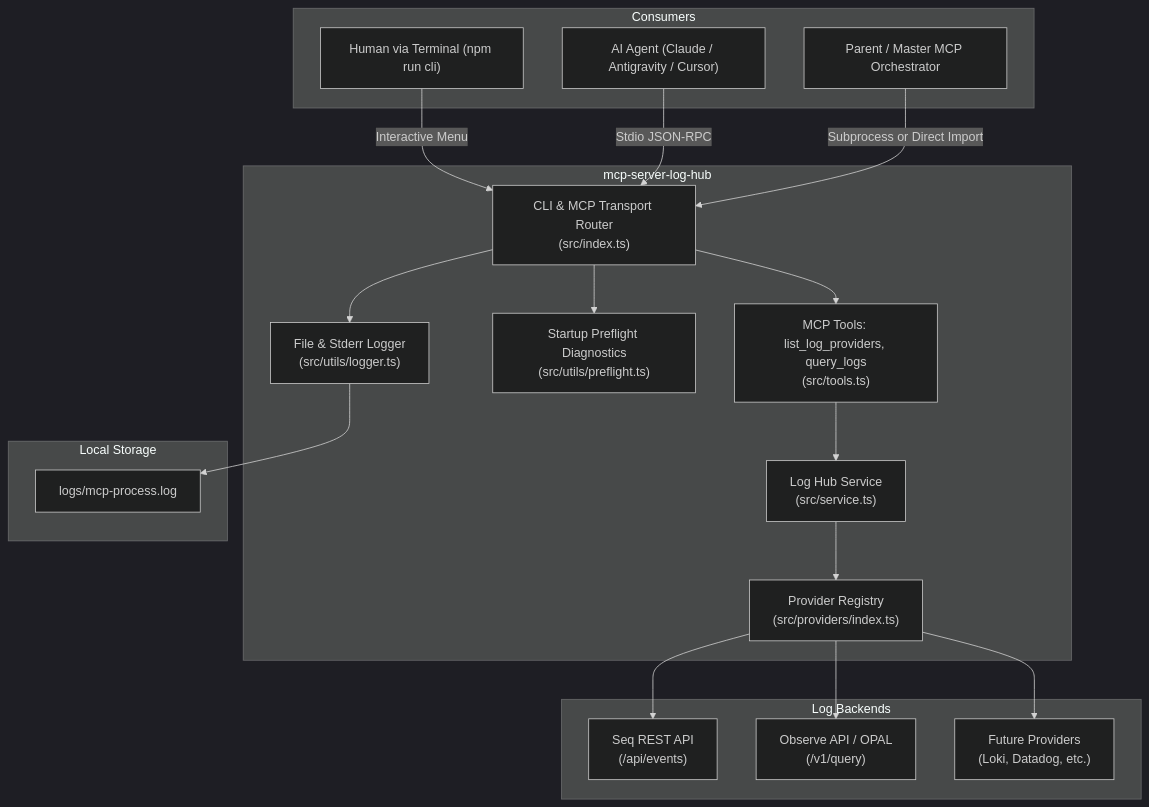
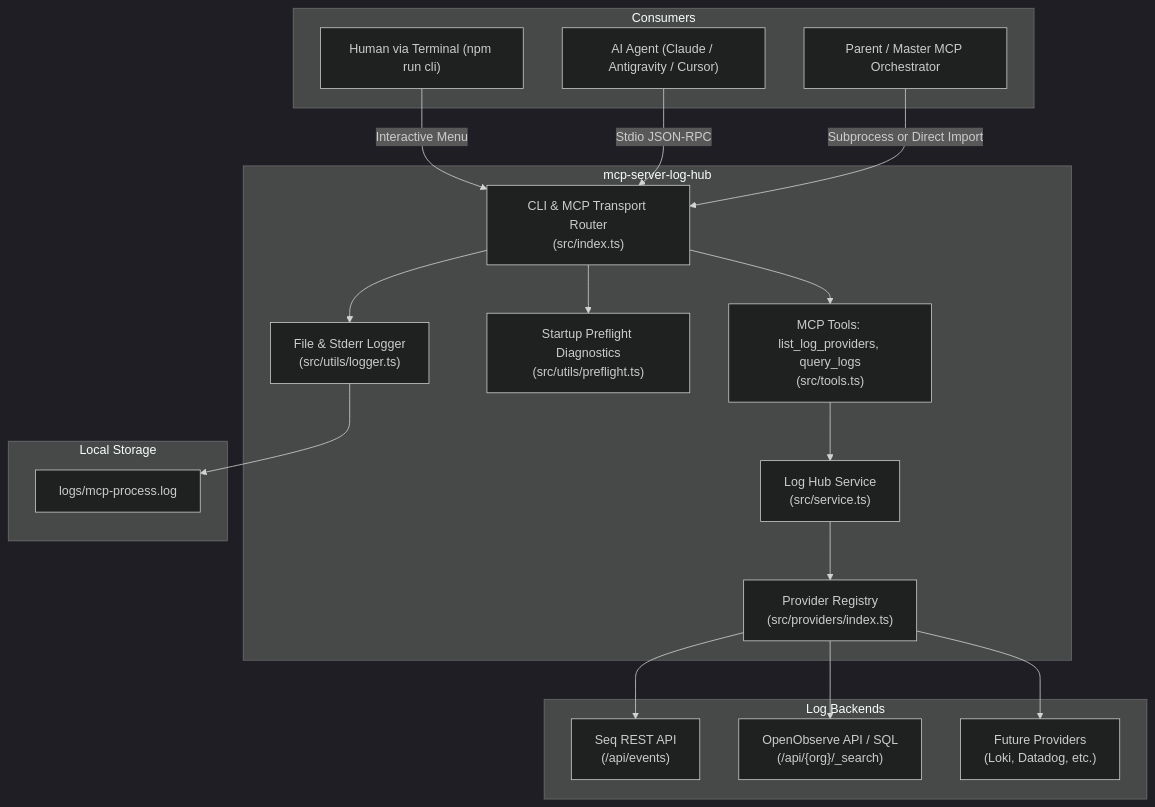
The diagram in docs/ARCHITECTURE.md (Ninh-Duong/mcp-server-log-hub), drawn with Mermaid (dark theme) before and after one commit. The commit also changed other lines of this file and 23 other files, not shown here.

First line of the commit message:
feat: Integrate OpenObserve log provider

````diff
--- a/docs/ARCHITECTURE.md
+++ b/docs/ARCHITECTURE.md
@@ -7,42 +7,42 @@
 ```mermaid
 flowchart TD
     subgraph Clients["Consumers"]
         CLI["Human via Terminal (npm run cli)"]
         AI["AI Agent (Claude / Antigravity / Cursor)"]
         MasterMCP["Parent / Master MCP Orchestrator"]
     end
 
     subgraph CoreHub["mcp-server-log-hub"]
         Router["CLI & MCP Transport Router\n(src/index.ts)"]
         Tools["MCP Tools: list_log_providers, query_logs\n(src/tools.ts)"]
         Service["Log Hub Service\n(src/service.ts)"]
         Registry["Provider Registry\n(src/providers/index.ts)"]
         Preflight["Startup Preflight Diagnostics\n(src/utils/preflight.ts)"]
         Logger["File & Stderr Logger\n(src/utils/logger.ts)"]
     end
 
     subgraph Providers["Log Backends"]
         SeqAPI["Seq REST API\n(/api/events)"]
-        ObserveAPI["Observe API / OPAL\n(/v1/query)"]
+        ObserveAPI["OpenObserve API / SQL\n(/api/{org}/_search)"]
         FutureAPI["Future Providers\n(Loki, Datadog, etc.)"]
     end
 
     subgraph Storage["Local Storage"]
         LogFile["logs/mcp-process.log"]
     end
 
     CLI -->|Interactive Menu| Router
     AI -->|Stdio JSON-RPC| Router
     MasterMCP -->|Subprocess or Direct Import| Router
 
     Router --> Tools
     Tools --> Service
     Service --> Registry
     Registry --> SeqAPI
     Registry --> ObserveAPI
     Registry --> FutureAPI
 
     Router --> Preflight
     Router --> Logger
     Logger --> LogFile
 ```
````
